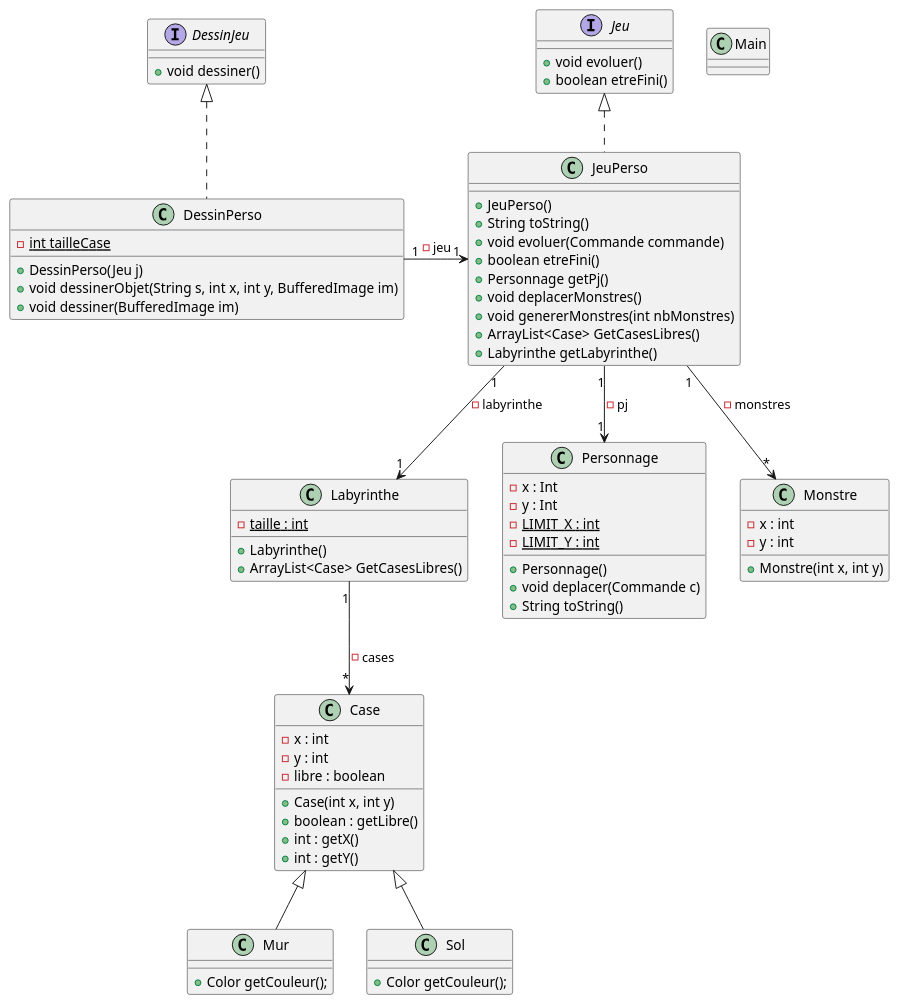
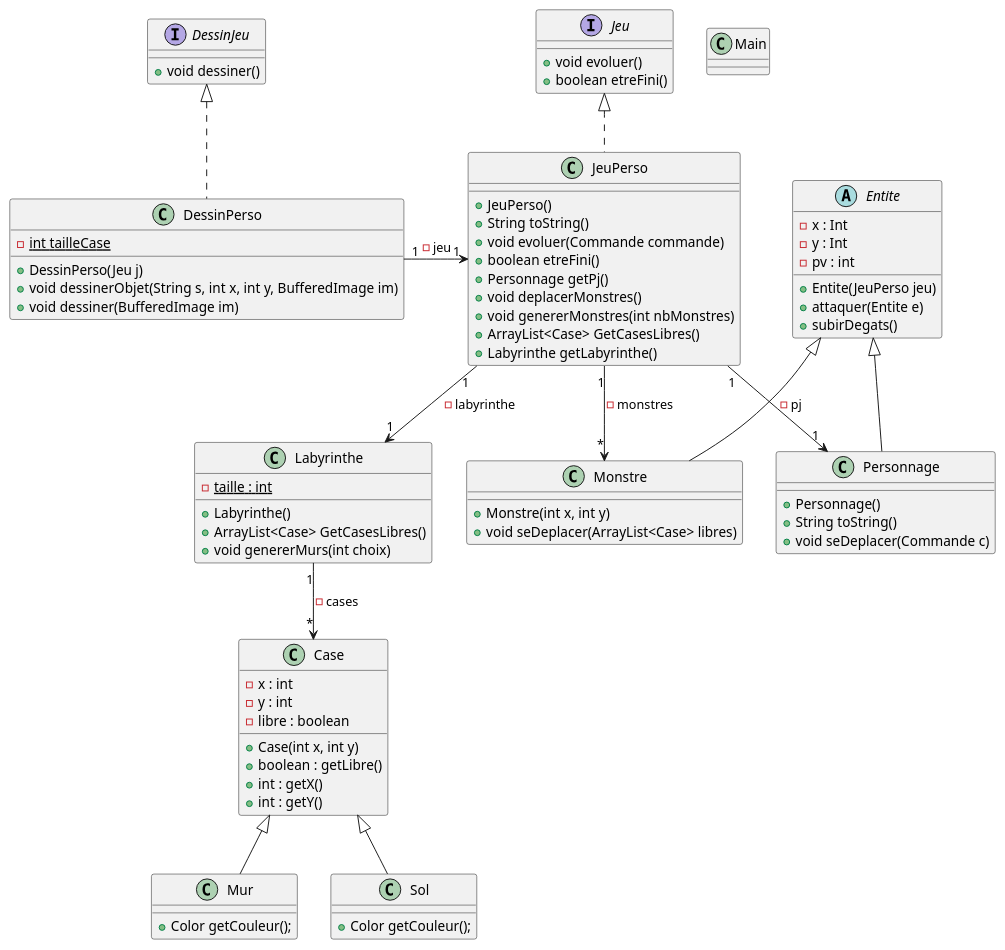
The diagram in documents/version4/diagramme.puml (MichelGrolet/2d-game), drawn with PlantUML before and after one commit. The commit also changed 1 other file, not shown here.

Commit message:
diagrammes v4

```diff
--- a/documents/version4/diagramme.puml
+++ b/documents/version4/diagramme.puml
@@ -1,78 +1,83 @@
 @startuml
 
 class Main {}
 
 class Labyrinthe {
     - {static} taille : int
     + Labyrinthe()
     + ArrayList<Case> GetCasesLibres()
+    + void genererMurs(int choix)
 }
 Labyrinthe "1" --> "*" Case : - cases
 
 class Case {
     - x : int
     - y : int
     - libre : boolean
     + Case(int x, int y)
     + boolean : getLibre()
     + int : getX()
     + int : getY()
 }
 
 class Mur extends Case {
     + Color getCouleur();
 }
 
 class Sol extends Case {
     + Color getCouleur();
 }
 
-class Personnage {
+abstract class Entite {
     - x : Int
     - y : Int
-    - {static} LIMIT_X : int
-    - {static} LIMIT_Y : int
-    + Personnage()
-    + void deplacer(Commande c)
-    + String toString()
+    - pv : int
+    + Entite(JeuPerso jeu)
+    + attaquer(Entite e)
+    + subirDegats()
 }
 
-class Monstre {
-    - x : int
-    - y : int
+class Personnage extends Entite {
+    + Personnage()
+    + String toString()
+    + void seDeplacer(Commande c)
+}
+
+class Monstre extends Entite {
     + Monstre(int x, int y)
+    + void seDeplacer(ArrayList<Case> libres)
 }
 
 interface Jeu {
     + void evoluer()
     + boolean etreFini()
 }
 
 interface DessinJeu {
     + void dessiner()
 }
 
 class JeuPerso implements Jeu {
     + JeuPerso()
     + String toString()
     + void evoluer(Commande commande)
     + boolean etreFini()
     + Personnage getPj()
     + void deplacerMonstres()
     + void genererMonstres(int nbMonstres)
     + ArrayList<Case> GetCasesLibres()
     + Labyrinthe getLabyrinthe()
 }
 JeuPerso "1" --> "1" Labyrinthe : - labyrinthe
 JeuPerso "1" --> "1" Personnage : - pj
 JeuPerso "1" --> "*" Monstre : - monstres
 
 class DessinPerso implements DessinJeu {
     - {static} int tailleCase
     + DessinPerso(Jeu j)
     + void dessinerObjet(String s, int x, int y, BufferedImage im)
     + void dessiner(BufferedImage im)
 }
 DessinPerso "1" -> "1" JeuPerso : - jeu
 
 @enduml
```
